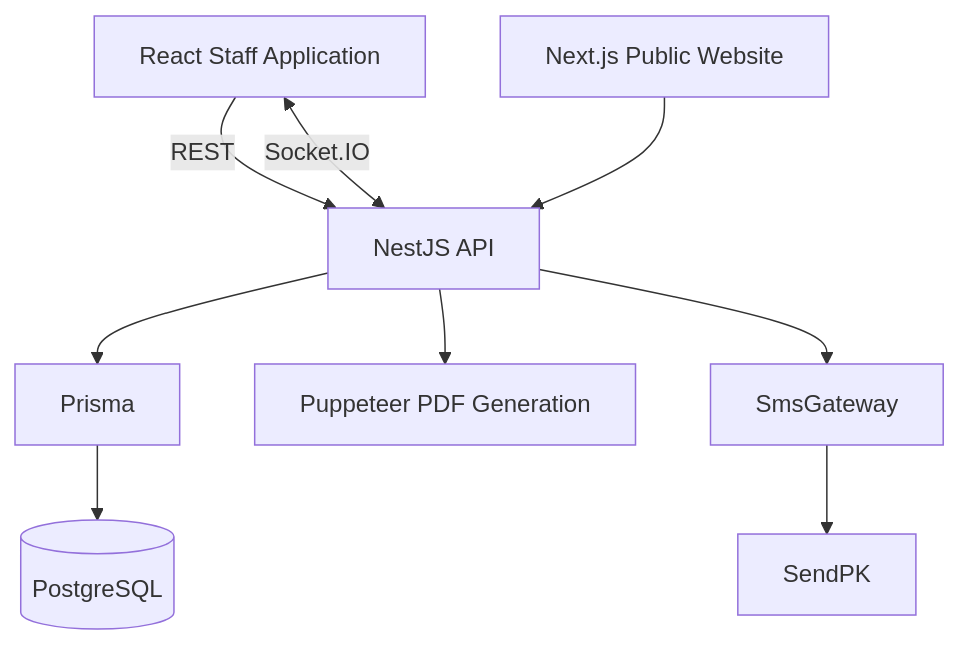
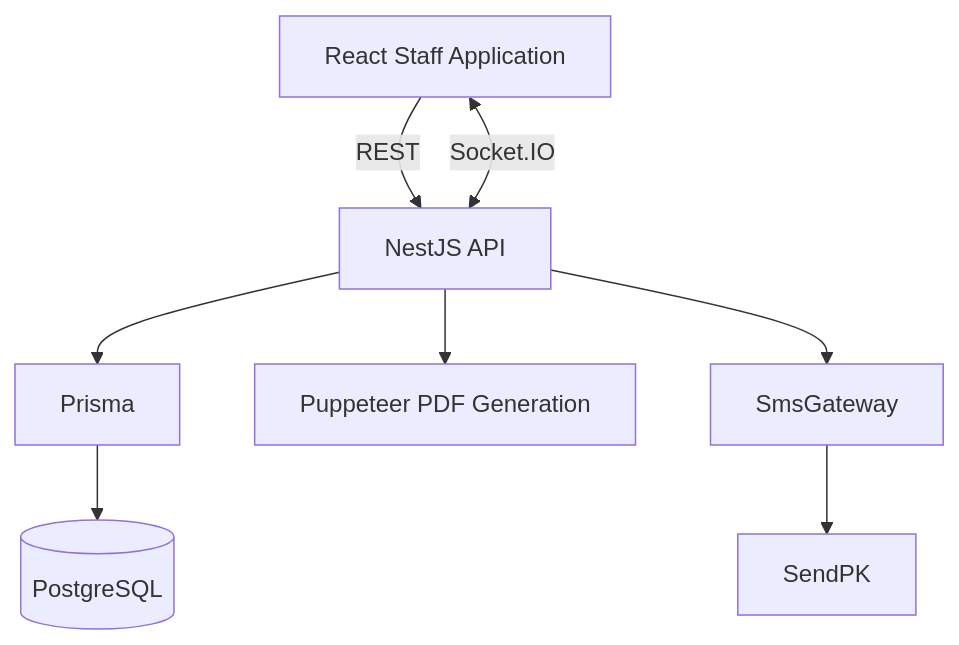
One commit to zaighaumrana/lab-software changed the second of 6 diagrams in docs/02_Technical_Architecture.md. Above: the diagram before and after it, drawn with Mermaid. The commit also changed other lines of this file and 18 other files, not shown here.

````diff
--- a/docs/02_Technical_Architecture.md
+++ b/docs/02_Technical_Architecture.md
@@ -66,13 +66,11 @@
 ```mermaid
 flowchart TD
     STAFF[React Staff Application] -->|REST| API[NestJS API]
     STAFF <-->|Socket.IO| API
     API --> PRISMA[Prisma]
     PRISMA --> DB[(PostgreSQL)]
 
     API --> PDF[Puppeteer PDF Generation]
     API --> SMS[SmsGateway]
     SMS --> SENDPK[SendPK]
-
-    PUBLIC[Next.js Public Website] --> API
 ```
````
